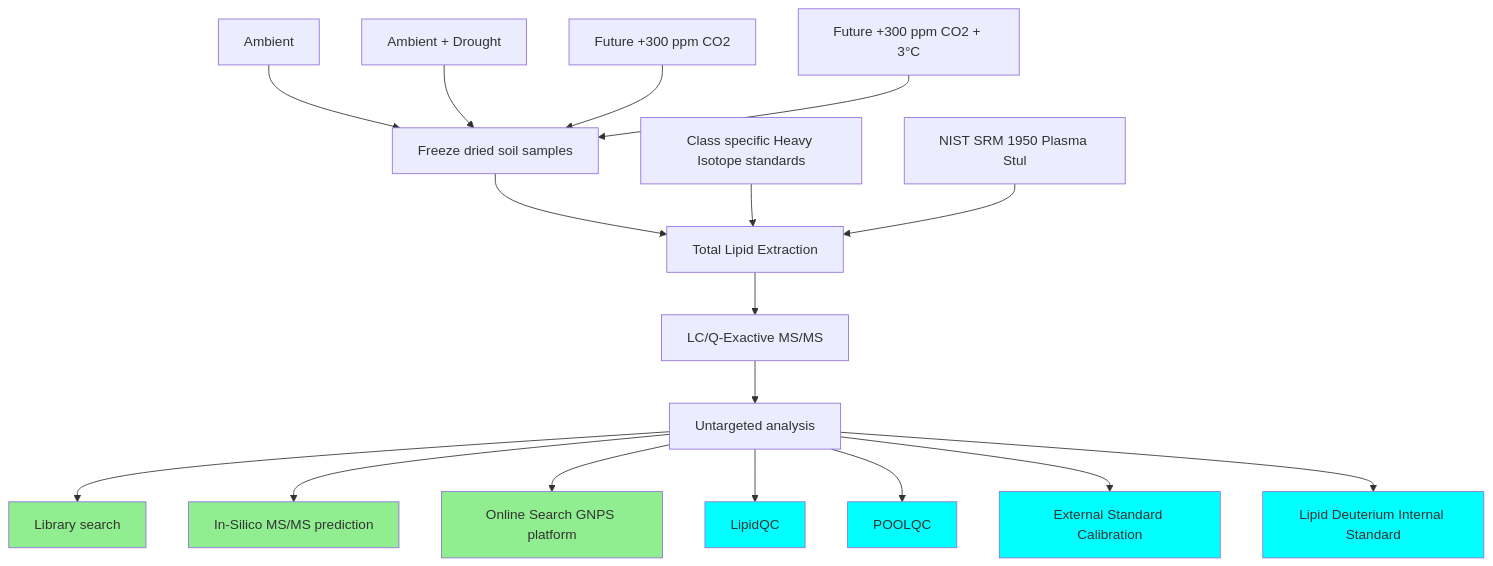
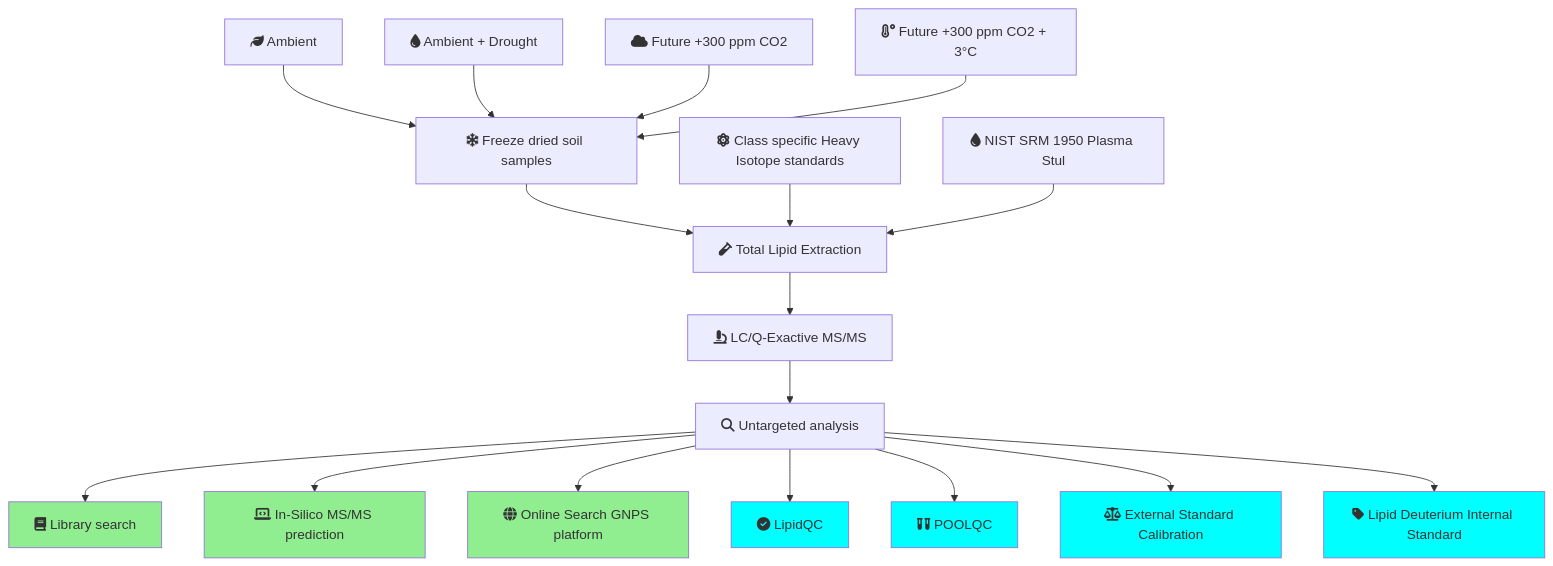
Before and after one commit to Samratacad/Soil_Lipidomics: the diagram in README.md, drawn with Mermaid. The commit also changed other lines of this file, not shown here.

````diff
--- a/README.md
+++ b/README.md
@@ -5,62 +5,62 @@
 ```mermaid
 graph TD
-    A[Ambient]
+    A["fa:fa-leaf Ambient"]
     click A "ambient.md" "View details about Ambient conditions"
-    B[Ambient + Drought]
+    B["fa:fa-tint Ambient + Drought"]
     click B "ambient-drought.md" "View details about Ambient + Drought conditions"
-    C[Future +300 ppm CO2]
+    C["fa:fa-cloud Future +300 ppm CO2"]
     click C "future-co2.md" "View details about Future +300 ppm CO2 conditions"
-    D[Future +300 ppm CO2 + 3°C]
+    D["fa:fa-temperature-high Future +300 ppm CO2 + 3°C"]
     click D "future-co2-temp.md" "View details about Future +300 ppm CO2 + 3°C conditions"
-    E[Freeze dried soil samples]
+    E["fa:fa-snowflake Freeze dried soil samples"]
     click E "freeze-dried-samples.md" "View details about Freeze dried soil samples"
-    F[Total Lipid Extraction]
+    F["fa:fa-vial Total Lipid Extraction"]
     click F "lipid-extraction.md" "View details about Total Lipid Extraction"
-    G[Class specific Heavy Isotope standards]
+    G["fa:fa-atom Class specific Heavy Isotope standards"]
     click G "isotope-standards.md" "View details about Class specific Heavy Isotope standards"
-    H[NIST SRM 1950 Plasma Stul]
+    H["fa:fa-tint NIST SRM 1950 Plasma Stul"]
     click H "nist-srm-1950.md" "View details about NIST SRM 1950 Plasma Stul"
-    I[LC/Q-Exactive MS/MS]
+    I["fa:fa-microscope LC/Q-Exactive MS/MS"]
     click I "lc-ms-ms.md" "View details about LC/Q-Exactive MS/MS"
-    J[Untargeted analysis]
+    J["fa:fa-search Untargeted analysis"]
     click J "untargeted-analysis.md" "View details about Untargeted analysis"
-    K[Library search]
+    K["fa:fa-book Library search"]
     click K "library-search.md" "View details about Library search"
-    L[In-Silico MS/MS prediction]
+    L["fa:fa-laptop-code In-Silico MS/MS prediction"]
     click L "in-silico-prediction.md" "View details about In-Silico MS/MS prediction"
-    M[Online Search GNPS platform]
+    M["fa:fa-globe Online Search GNPS platform"]
     click M "gnps-search.md" "View details about Online Search GNPS platform"
-    N[LipidQC]
+    N["fa:fa-check-circle LipidQC"]
     click N "lipid-qc.md" "View details about LipidQC"
-    O[POOLQC]
+    O["fa:fa-vials POOLQC"]
     click O "pool-qc.md" "View details about POOLQC"
-    P[External Standard Calibration]
+    P["fa:fa-balance-scale External Standard Calibration"]
     click P "external-calibration.md" "View details about External Standard Calibration"
-    Q[Lipid Deuterium Internal Standard]
+    Q["fa:fa-tag Lipid Deuterium Internal Standard"]
     click Q "internal-standard.md" "View details about Lipid Deuterium Internal Standard"
 
     A --> E
     B --> E
     C --> E
     D --> E
     E --> F
     G --> F
     H --> F
     F --> I
     I --> J
     J --> K
     J --> L
     J --> M
     J --> N
     J --> O
     J --> P
     J --> Q
 
     style K fill:#90EE90
     style L fill:#90EE90
     style M fill:#90EE90
     style N fill:#00FFFF
     style O fill:#00FFFF
     style P fill:#00FFFF
     style Q fill:#00FFFF
 ```
````
